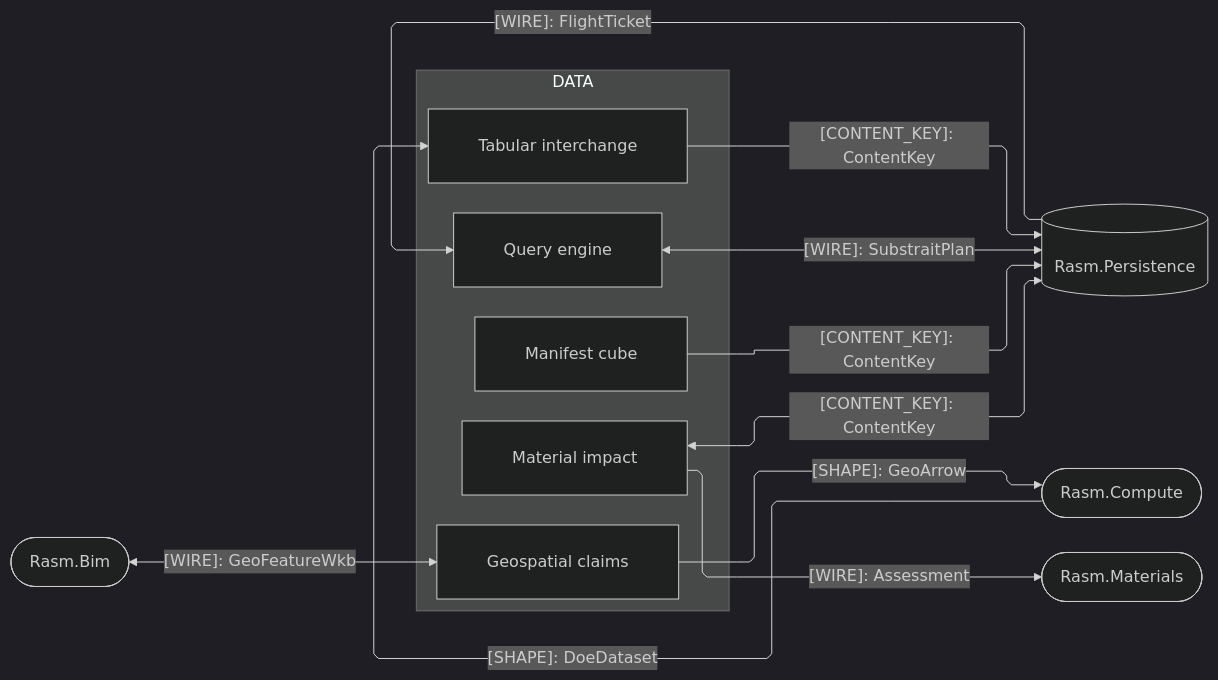
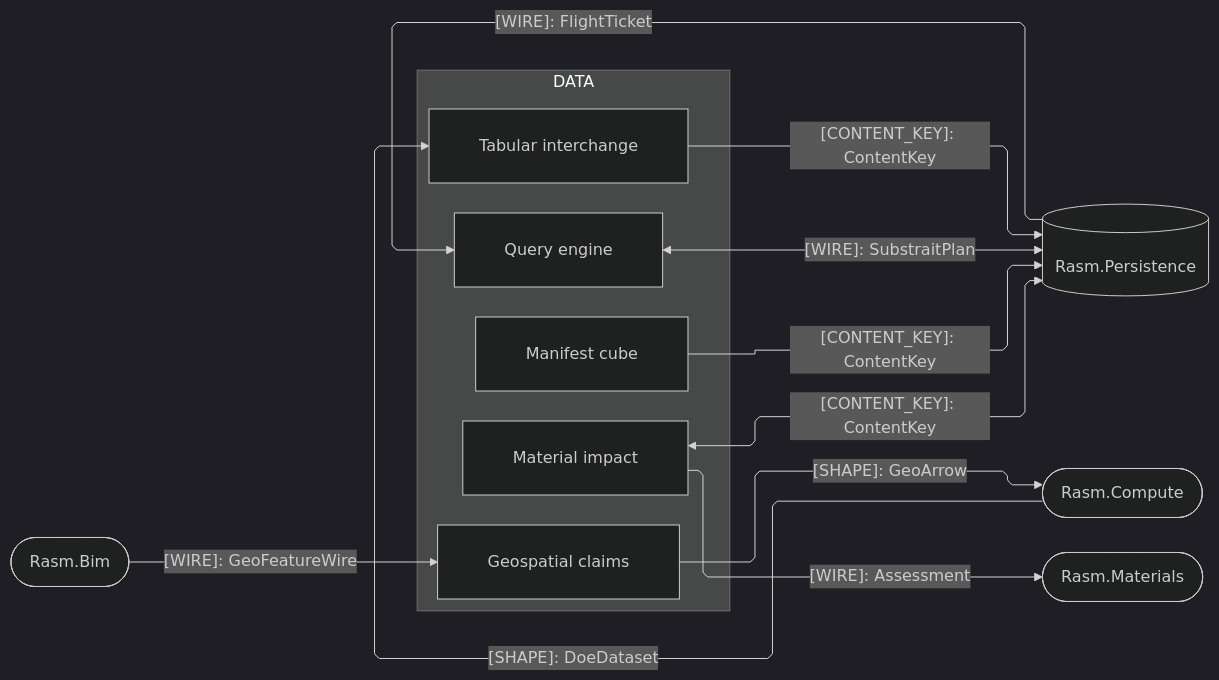
Before and after one commit to bsamiee/Rasm: the fourth of 4 diagrams in libs/python/data/ARCHITECTURE.md, drawn with Mermaid (dark theme). The commit also changed other lines of this file and 486 other files, not shown here.

````diff
--- a/libs/python/data/ARCHITECTURE.md
+++ b/libs/python/data/ARCHITECTURE.md
@@ -184,32 +184,32 @@
 ```mermaid
 ---
 config:
   layout: elk
   flowchart:
     curve: linear
     padding: 25
 ---
 flowchart LR
     accTitle: Data package C#-peer seam registry
     accDescr: Data sub-domain owners exchanging frame shapes, content keys, plan wires, and the environmental set with the C# peers.
     subgraph data[DATA]
         Tabular[Tabular interchange]
         Query[Query engine]
         Geospatial[Geospatial claims]
         Virtual[Manifest cube]
         Impact[Material impact]
     end
     Persistence[(Rasm.Persistence)]
     Compute([Rasm.Compute])
     Materials([Rasm.Materials])
     Bim([Rasm.Bim])
     Compute e1@-->|"[SHAPE]: DoeDataset"| Tabular
     Geospatial e2@-->|"[SHAPE]: GeoArrow"| Compute
     Tabular e3@-->|"[CONTENT_KEY]: ContentKey"| Persistence
     Query e4@<-->|"[WIRE]: SubstraitPlan"| Persistence
     Virtual e5@-->|"[CONTENT_KEY]: ContentKey"| Persistence
     Impact e6@<-->|"[CONTENT_KEY]: ContentKey"| Persistence
     Impact e7@-->|"[WIRE]: Assessment"| Materials
-    Bim e8@<-->|"[WIRE]: GeoFeatureWkb"| Geospatial
+    Bim e8@-->|"[WIRE]: GeoFeatureWire"| Geospatial
     Persistence e9@-->|"[WIRE]: FlightTicket"| Query
 ```
````
